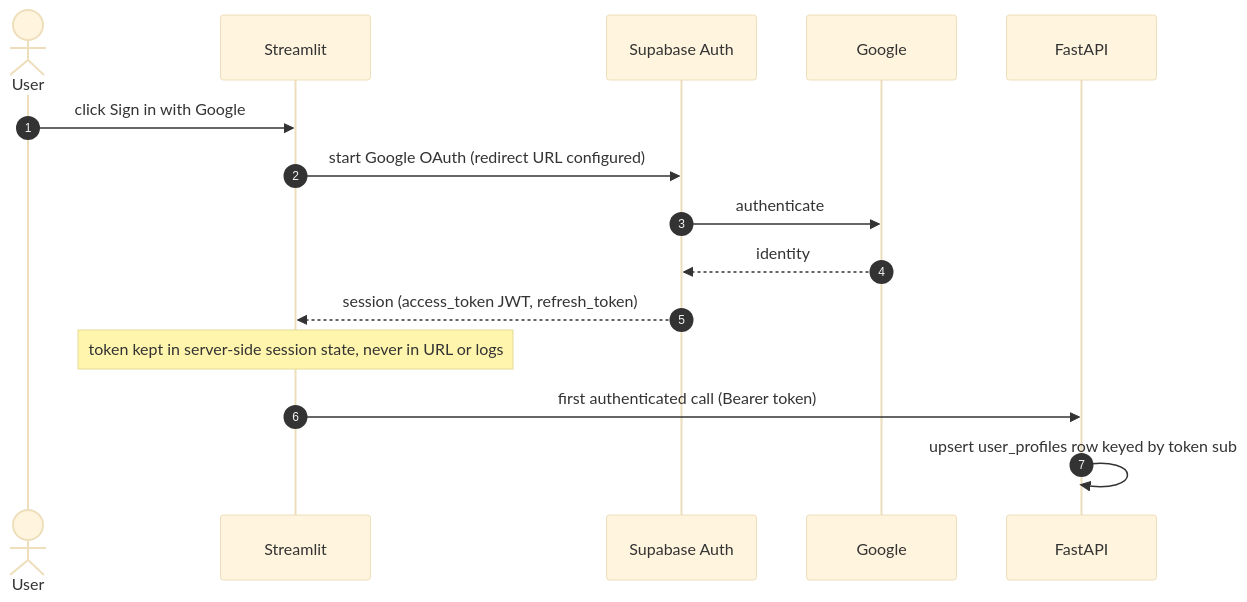
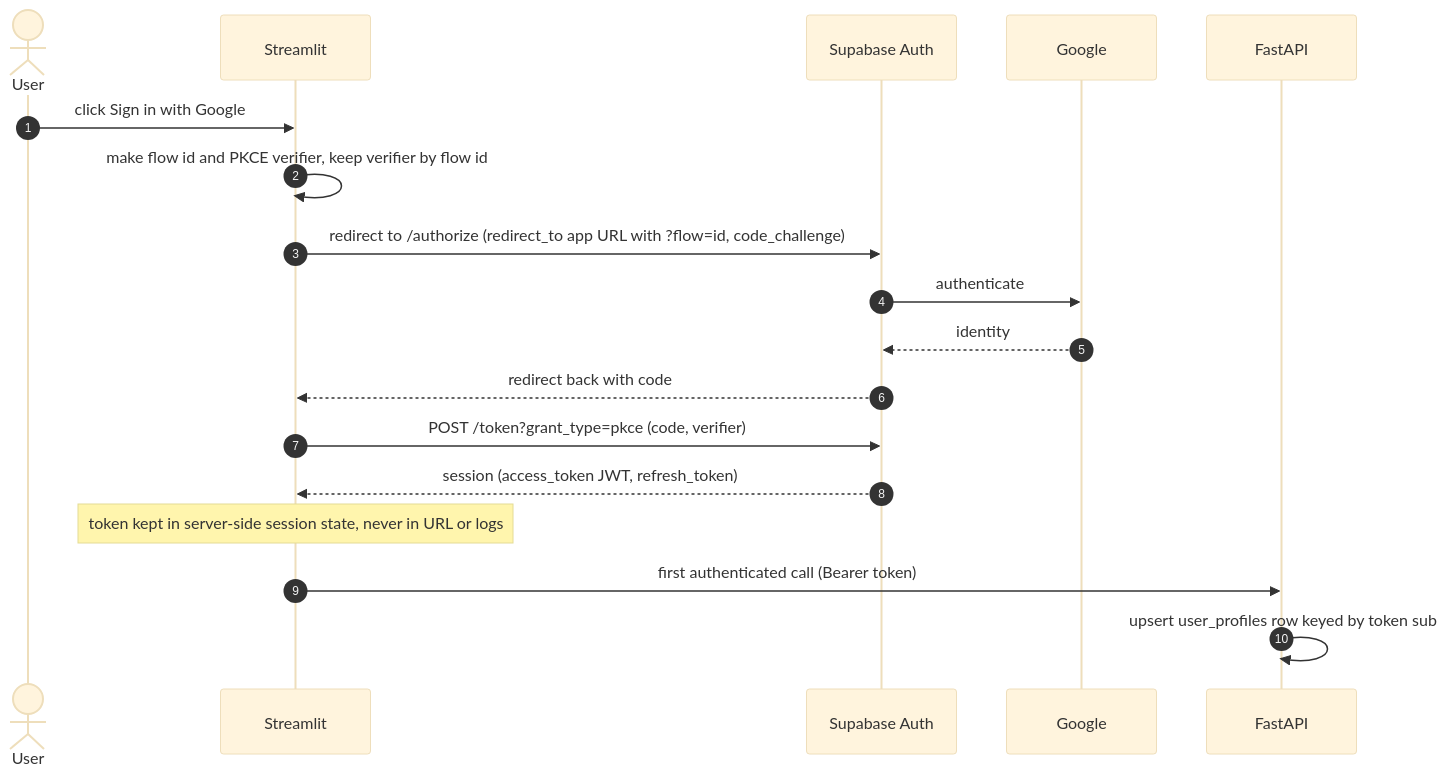
The first of 5 diagrams in docs/04-request-flows.md (yashdiwan12/Churnscope), drawn with Mermaid (base theme) before and after one commit. The commit also changed other lines of this file and 19 other files, not shown here.

````diff
--- a/docs/04-request-flows.md
+++ b/docs/04-request-flows.md
@@ -5,17 +5,20 @@
 ```mermaid
 sequenceDiagram
     autonumber
     actor U as User
     participant S as Streamlit
     participant A as Supabase Auth
     participant G as Google
     participant API as FastAPI
     U->>S: click Sign in with Google
-    S->>A: start Google OAuth (redirect URL configured)
+    S->>S: make flow id and PKCE verifier, keep verifier by flow id
+    S->>A: redirect to /authorize (redirect_to app URL with ?flow=id, code_challenge)
     A->>G: authenticate
     G-->>A: identity
+    A-->>S: redirect back with code
+    S->>A: POST /token?grant_type=pkce (code, verifier)
     A-->>S: session (access_token JWT, refresh_token)
     Note over S: token kept in server-side session state, never in URL or logs
     S->>API: first authenticated call (Bearer token)
     API->>API: upsert user_profiles row keyed by token sub
 ```
````
